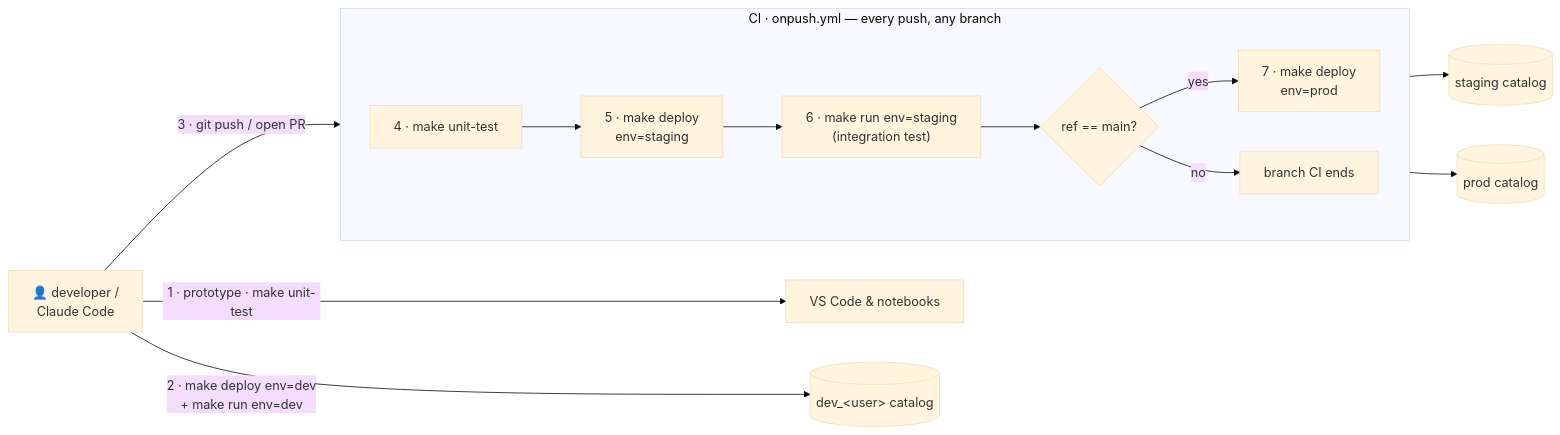
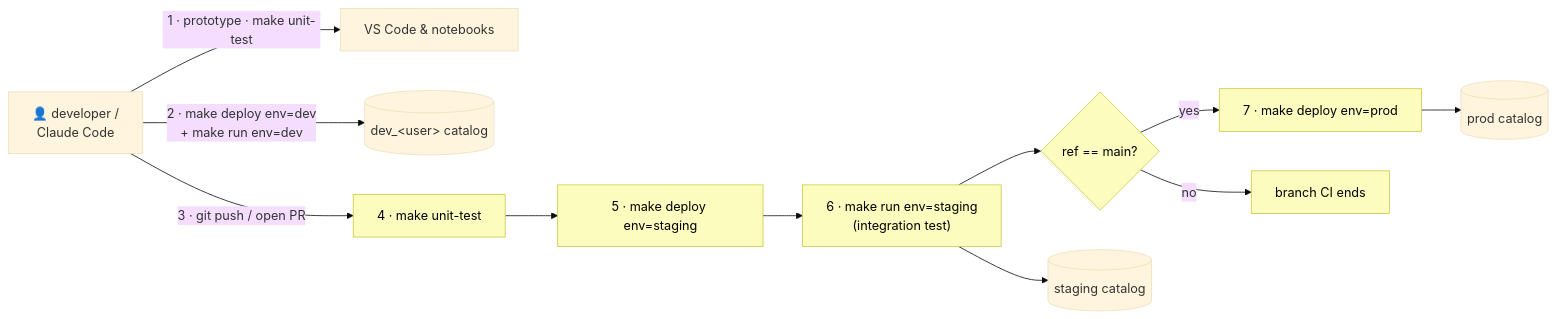
One commit to andre-salvati/databricks-template changed the diagram in specs/architecture.md. Above: the diagram before and after it, drawn with Mermaid (base theme).

Commit message:
docs: order CI/CD fan-out 1-2-3 top-to-bottom; tint CI steps instead of boxing

````diff
--- a/specs/architecture.md
+++ b/specs/architecture.md
@@ -67,22 +67,19 @@
 ```mermaid
 flowchart LR
     dev["👤 developer /<br/>Claude Code"]
 
-    vscode["VS Code &amp; notebooks"]
-    devcat[("dev_&lt;user&gt; catalog")]
-    stgcat[("staging catalog")]
-    prodcat[("prod catalog")]
+    %% fan-out declared 1→2→3 so they rank top-to-bottom (no subgraph box,
+    %% which would otherwise hoist the CI lane above 1 and 2)
+    dev -->|"1 · prototype · make unit-test"| vscode["VS Code &amp; notebooks"]
+    dev -->|"2 · make deploy env=dev<br/>+ make run env=dev"| devcat[("dev_&lt;user&gt; catalog")]
+    dev -->|"3 · git push / open PR"| u["4 · make unit-test"]
 
-    subgraph CI["CI · onpush.yml — every push, any branch"]
-        direction LR
-        u["4 · make unit-test"] --> ds["5 · make deploy<br/>env=staging"] --> is["6 · make run env=staging<br/>(integration test)"] --> gate{"ref == main?"}
-        gate -->|yes| dp["7 · make deploy<br/>env=prod"]
-        gate -->|no| stop["branch CI ends"]
-    end
+    u --> ds["5 · make deploy env=staging"] --> is["6 · make run env=staging<br/>(integration test)"] --> gate{"ref == main?"}
+    gate -->|yes| dp["7 · make deploy env=prod"] --> prodcat[("prod catalog")]
+    gate -->|no| stop["branch CI ends"]
+    is --> stgcat[("staging catalog")]
 
-    dev -->|"1 · prototype · make unit-test"| vscode
-    dev -->|"2 · make deploy env=dev<br/>+ make run env=dev"| devcat
-    dev -->|"3 · git push / open PR"| u
-    is --> stgcat
-    dp --> prodcat
+    %% CI steps (run on every push via onpush.yml) tinted yellow
+    classDef ci fill:#fcfcbf,stroke:#c9c945,color:#000
+    class u,ds,is,gate,dp,stop ci
 ```
````
